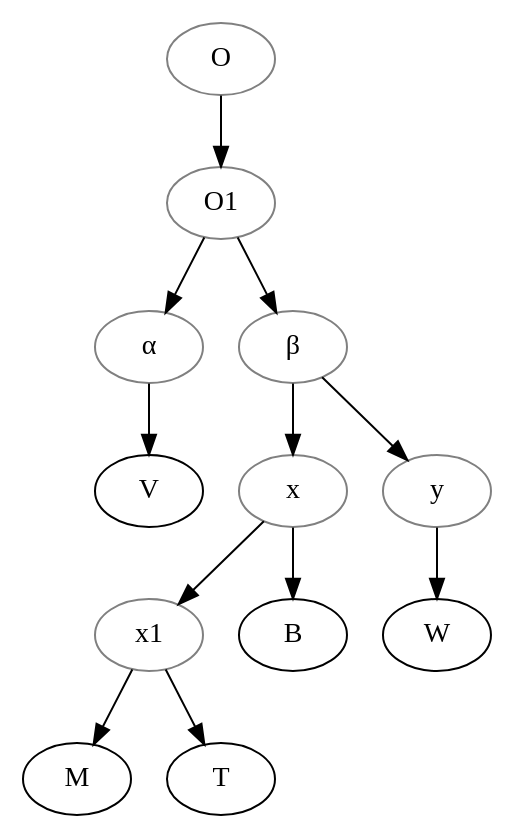
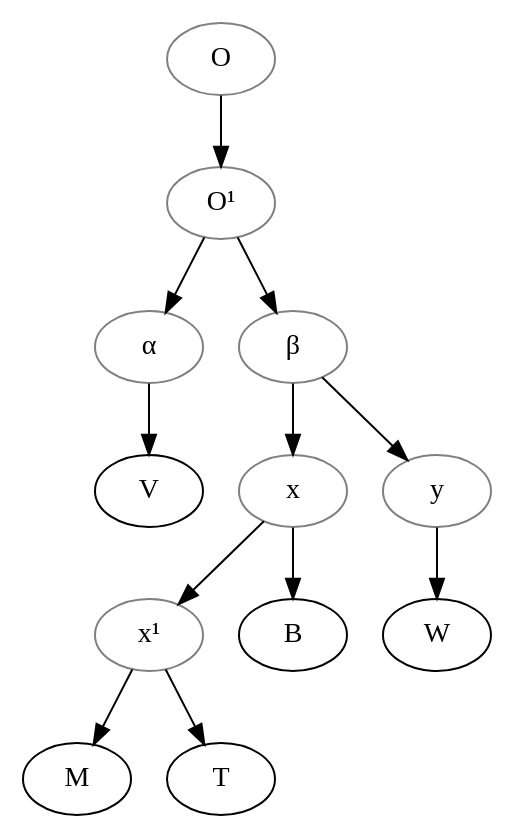
The diagram in data/fro/Friedwagner_1897_RHoudenc-Meraugis/stemma.gv (OpenStemmata/database), drawn with Graphviz before and after one commit. The commit also changed 13 other files, not shown here.

```diff
--- a/data/fro/Friedwagner_1897_RHoudenc-Meraugis/stemma.gv
+++ b/data/fro/Friedwagner_1897_RHoudenc-Meraugis/stemma.gv
@@ -1,23 +1,23 @@
 digraph {
 O[color="grey"];
-O1[color="grey"];  
+O1[color="grey", label="O¹"];  
 alpha[label="α", color="grey"];
 beta[label="β", color="grey"];
 x[color="grey"];
-x1[color="grey"];
+x1[color="grey", label="x¹"];
 y[color="grey"];
 
 
 O->O1;
 O1->alpha;
 alpha->V;
 O1->beta;
 beta->x;
 x->B;
 x->x1;
 x1->M;
 x1->T;
 beta->y;
 y->W;
 
 }
```
